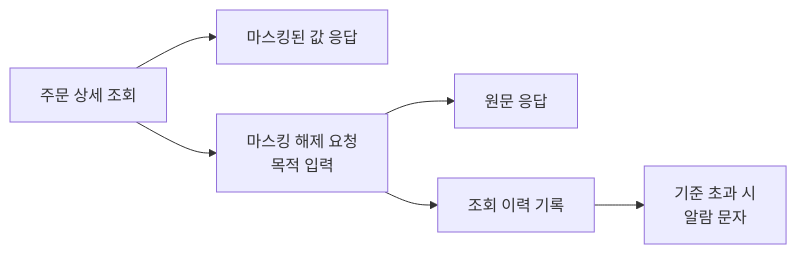
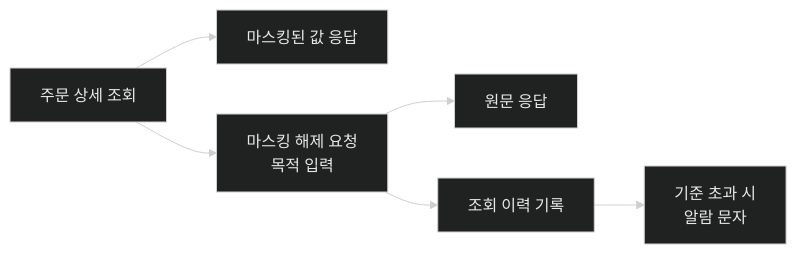
The diagram in _posts/2026-11-13-personal-info-masking.md (seo-yk/seo-yk.github.io), drawn with Mermaid before and after one commit. The commit also changed other lines of this file and 1 other file, not shown here.

````diff
--- a/_posts/2026-11-13-personal-info-masking.md
+++ b/_posts/2026-11-13-personal-info-masking.md
@@ -45,8 +41,9 @@
 ```mermaid
+%%{init: {'theme':'base','themeVariables':{'fontFamily':'inherit','background':'#3c3d3d','primaryColor':'#202121','primaryBorderColor':'#cfcfcf','primaryTextColor':'#e8e8e8','lineColor':'#cfcfcf','textColor':'#e8e8e8','actorBkg':'#202121','actorBorder':'#cfcfcf','actorTextColor':'#e8e8e8','actorLineColor':'#cfcfcf','signalColor':'#cfcfcf','signalTextColor':'#e8e8e8','noteBkgColor':'#484949','noteBorderColor':'#5c5c5c','noteTextColor':'#d0d0d0','labelBoxBkgColor':'#202121','labelBoxBorderColor':'#cfcfcf','labelTextColor':'#e8e8e8','loopTextColor':'#e8e8e8','edgeLabelBackground':'#3c3d3d','clusterBkg':'#484949','clusterBorder':'#5c5c5c'}}}%%
 flowchart LR
     A["주문 상세 조회"] --> B["마스킹된 값 응답"]
     A --> C["마스킹 해제 요청<br/>목적 입력"]
     C --> D["원문 응답"]
     C --> E["조회 이력 기록"]
     E --> F["기준 초과 시<br/>알람 문자"]
 ```
````
